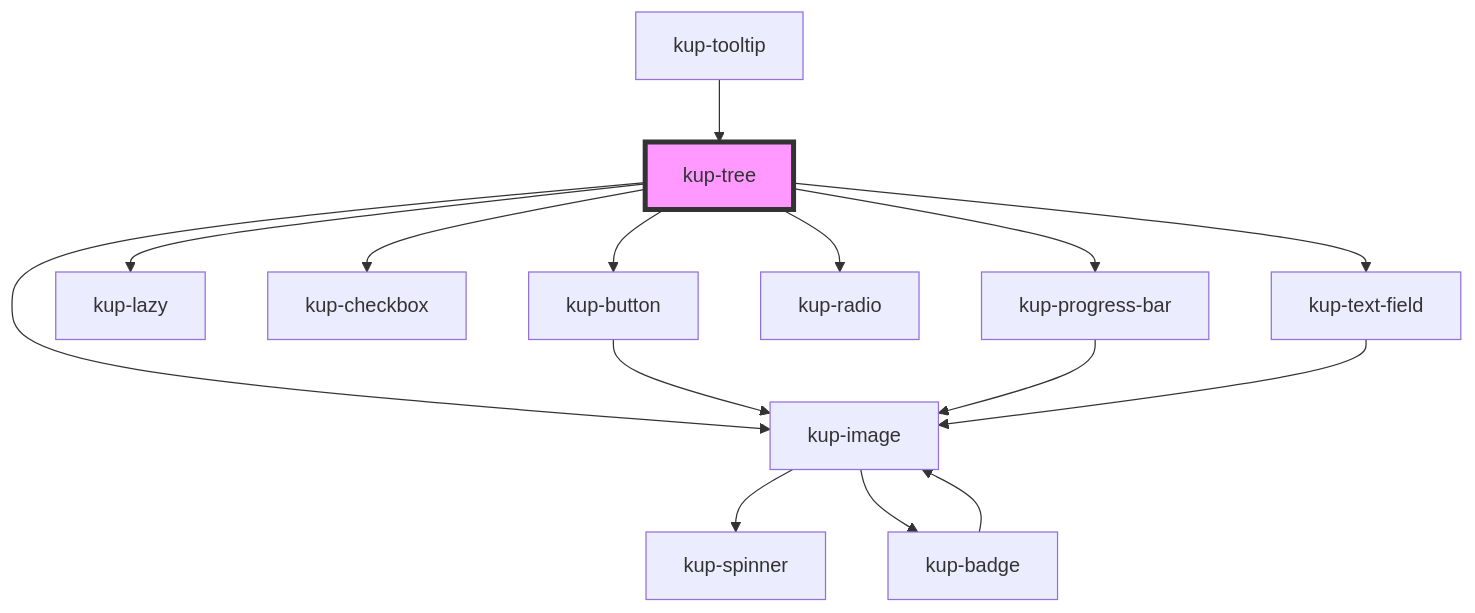
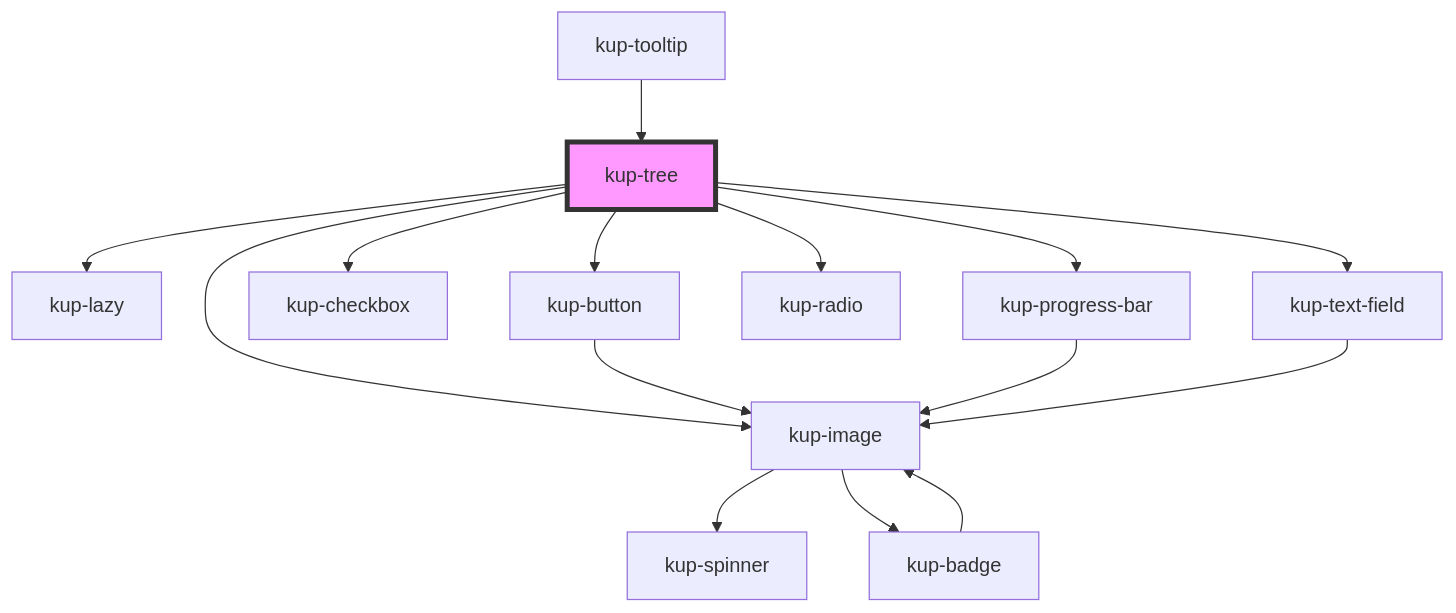
One commit to smeup/ketchup changed the diagram in packages/ketchup/src/components/kup-tree/readme.md. Above: the diagram before and after it, drawn with Mermaid. The commit also changed other lines of this file and 10 other files, not shown here.

Commit message:
Remove showObjectNavigation prop, kupOptionClicked event from tree. Readmes renewed and remove object icon e2e test.

````diff
--- a/packages/ketchup/src/components/kup-tree/readme.md
+++ b/packages/ketchup/src/components/kup-tree/readme.md
@@ -127,18 +125,18 @@
 ```mermaid
 graph TD;
+  kup-tree --> kup-lazy
   kup-tree --> kup-button
-  kup-tree --> kup-lazy
   kup-tree --> kup-checkbox
   kup-tree --> kup-image
   kup-tree --> kup-progress-bar
   kup-tree --> kup-radio
   kup-tree --> kup-text-field
   kup-button --> kup-image
   kup-image --> kup-spinner
   kup-image --> kup-badge
   kup-badge --> kup-image
   kup-progress-bar --> kup-image
   kup-text-field --> kup-image
   kup-tooltip --> kup-tree
   style kup-tree fill:#f9f,stroke:#333,stroke-width:4px
 ```
````
